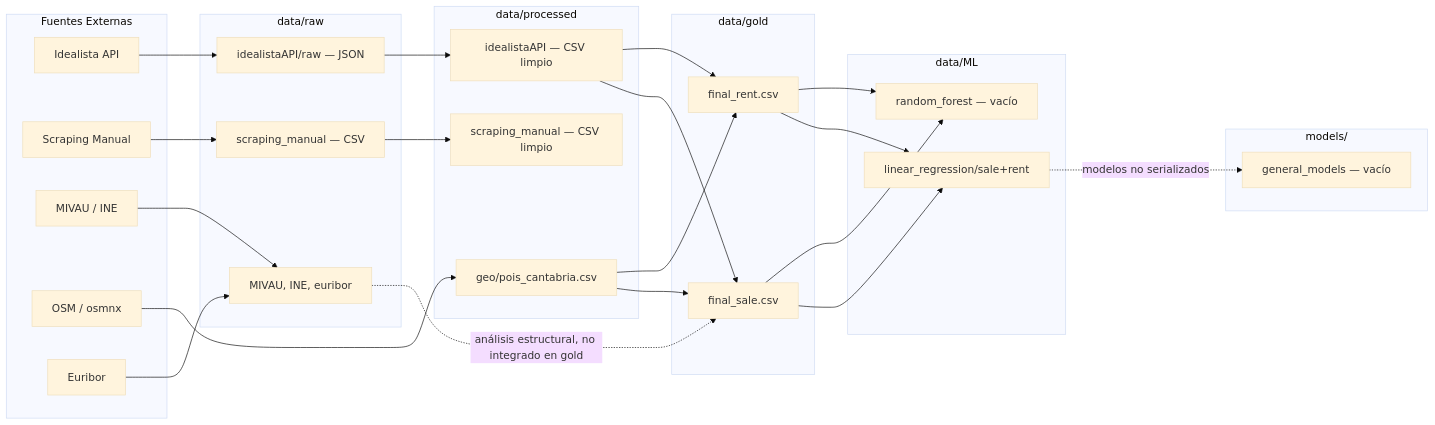
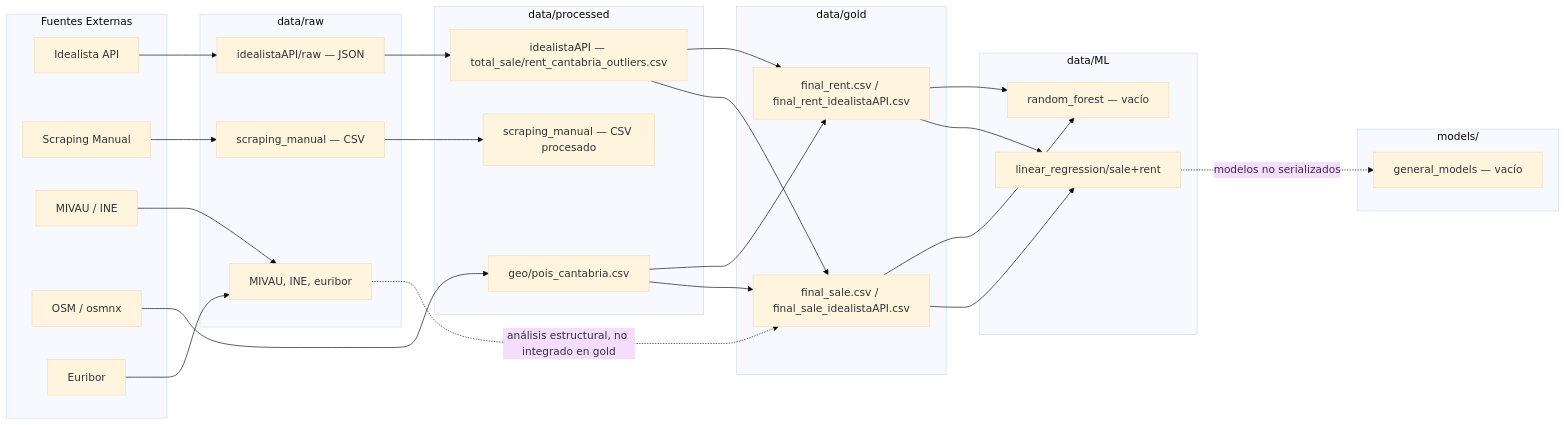
Before and after one commit to sitomachu/bezanillasl: the first of 4 diagrams in docs/estructura_completa_repositorio.md, drawn with Mermaid (base theme). The commit also changed other lines of this file, not shown here.

````diff
--- a/docs/estructura_completa_repositorio.md
+++ b/docs/estructura_completa_repositorio.md
@@ -172,56 +180,56 @@
 ```mermaid
 graph LR
     subgraph Fuentes Externas
         A[Idealista API]
         B[Scraping Manual]
         C[MIVAU / INE]
         D[OSM / osmnx]
         E[Euribor]
     end
 
     subgraph data/raw
         F[idealistaAPI/raw — JSON]
         G[scraping_manual — CSV]
         H[MIVAU, INE, euribor]
     end
 
     subgraph data/processed
-        I[idealistaAPI — CSV limpio]
-        J[scraping_manual — CSV limpio]
+        I[idealistaAPI — total_sale/rent_cantabria_outliers.csv]
+        J[scraping_manual — CSV procesado]
         K[geo/pois_cantabria.csv]
     end
 
     subgraph data/gold
-        L[final_sale.csv]
-        M[final_rent.csv]
+        L[final_sale.csv / final_sale_idealistaAPI.csv]
+        M[final_rent.csv / final_rent_idealistaAPI.csv]
     end
 
     subgraph data/ML
         N[linear_regression/sale+rent]
         O[random_forest — vacío]
     end
 
     subgraph models/
         P[general_models — vacío]
     end
 
     A --> F
     B --> G
     C --> H
     D --> K
     E --> H
 
     F --> I
     G --> J
     I --> L
     I --> M
     K --> L
     K --> M
     H -.->|análisis estructural, no integrado en gold| L
 
     L --> N
     M --> N
     L --> O
     M --> O
     N -.->|modelos no serializados| P
 ```
````
